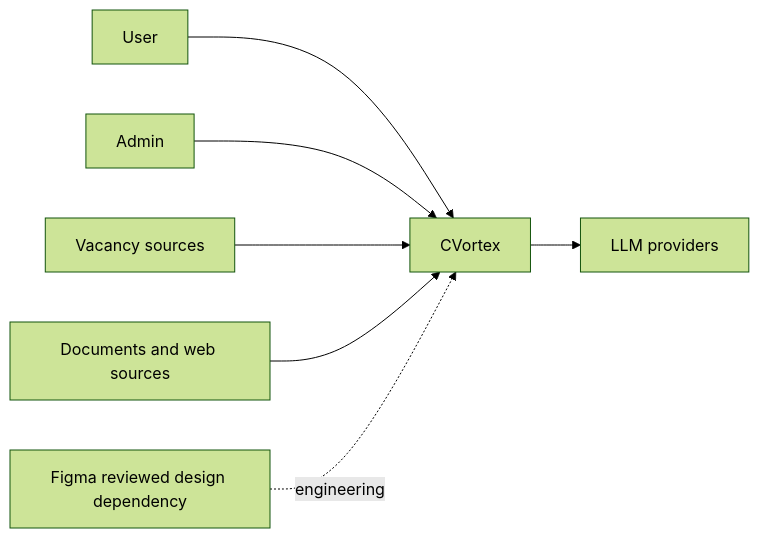
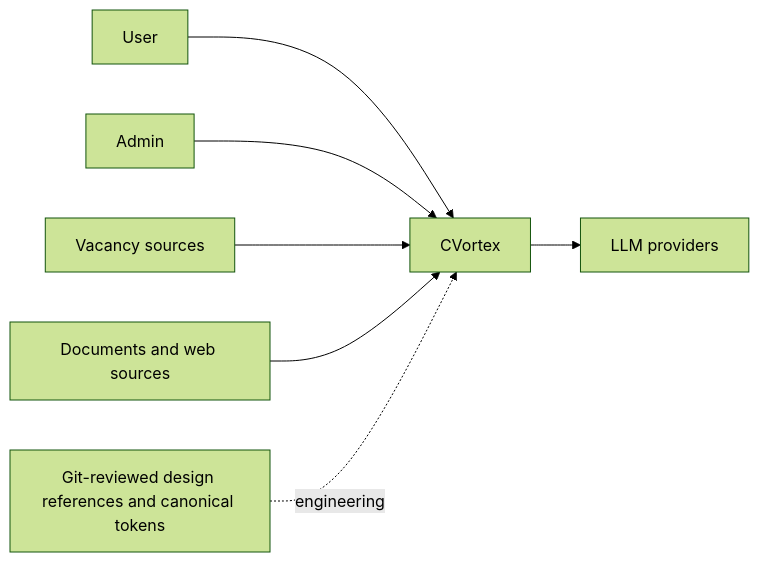
Before and after one commit to filatelist-hitech/CVortex: the first of 3 diagrams in docs/02-Architecture/Phase-06-System-Design.md, drawn with Mermaid (forest theme). The commit also changed other lines of this file and 25 other files, not shown here.

Commit message:
docs(design): reconcile application workspace references

````diff
--- a/docs/02-Architecture/Phase-06-System-Design.md
+++ b/docs/02-Architecture/Phase-06-System-Design.md
@@ -17,9 +17,9 @@
 ```mermaid
 flowchart LR
   U[User] --> CV[CVortex]
   A[Admin] --> CV
   CV --> LLM[LLM providers]
   VS[Vacancy sources] --> CV
   ES[Documents and web sources] --> CV
-  F[Figma reviewed design dependency] -. engineering .-> CV
+  D[Git-reviewed design references and canonical tokens] -. engineering .-> CV
 ```
````
